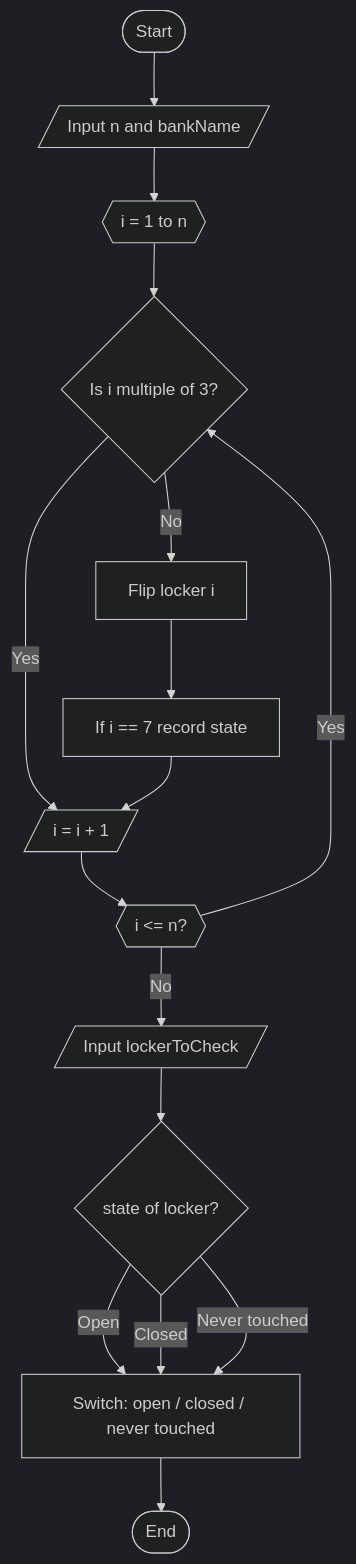
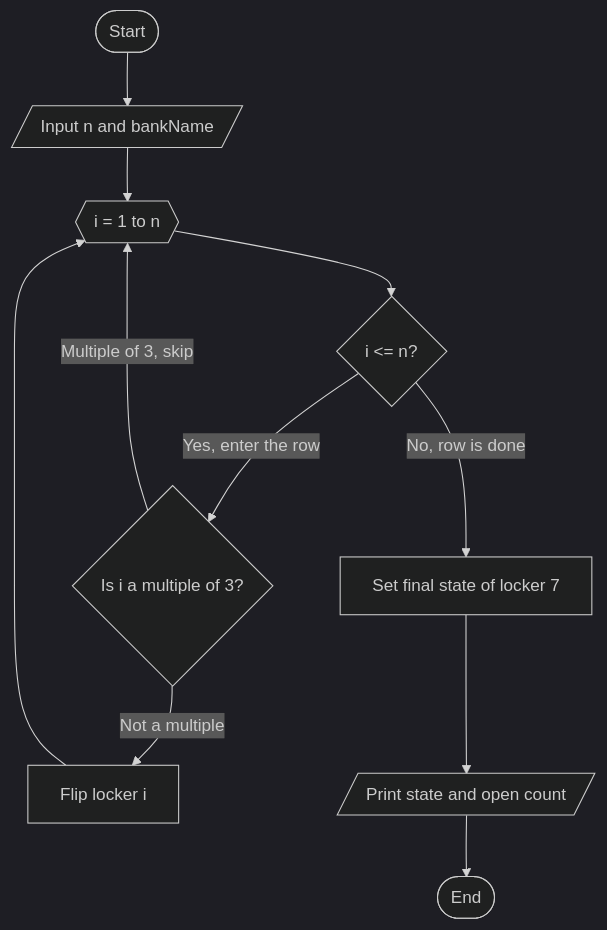
Before and after one commit to shuff57/shCode: the diagram in lessons/2-6-1-ch2-group-pa-design-chart/solution/chart-hexagon.mmd, drawn with Mermaid (dark theme). The commit also changed 13 other files, not shown here.

```diff
--- a/lessons/2-6-1-ch2-group-pa-design-chart/solution/chart-hexagon.mmd
+++ b/lessons/2-6-1-ch2-group-pa-design-chart/solution/chart-hexagon.mmd
@@ -1,28 +1,20 @@
 flowchart TD
   A([Start])
   B[/Input n and bankName/]
   C{{i = 1 to n}}
-  D{Is i multiple of 3?}
-  E[Flip locker i]
-  F[If i == 7 record state]
-  G[/i = i + 1/]
-  H{{i <= n?}}
-  I[/Input lockerToCheck/]
-  J{state of locker?}
-  K[Switch: open / closed / never touched]
+  D{i <= n?}
+  E{Is i a multiple of 3?}
+  F[Flip locker i]
+  G[Set final state of locker 7]
+  H[/Print state and open count/]
   Z([End])
   A --> B
   B --> C
   C --> D
-  D -- Yes --> G
-  D -- No --> E
-  E --> F
-  F --> G
+  D -- Yes, enter the row --> E
+  D -- No, row is done --> G
+  E -- Multiple of 3, skip --> C
+  E -- Not a multiple --> F
+  F --> C
   G --> H
-  H -- Yes --> D
-  H -- No --> I
-  I --> J
-  J -- Open --> K
-  J -- Closed --> K
-  J -- Never touched --> K
-  K --> Z
+  H --> Z
```
